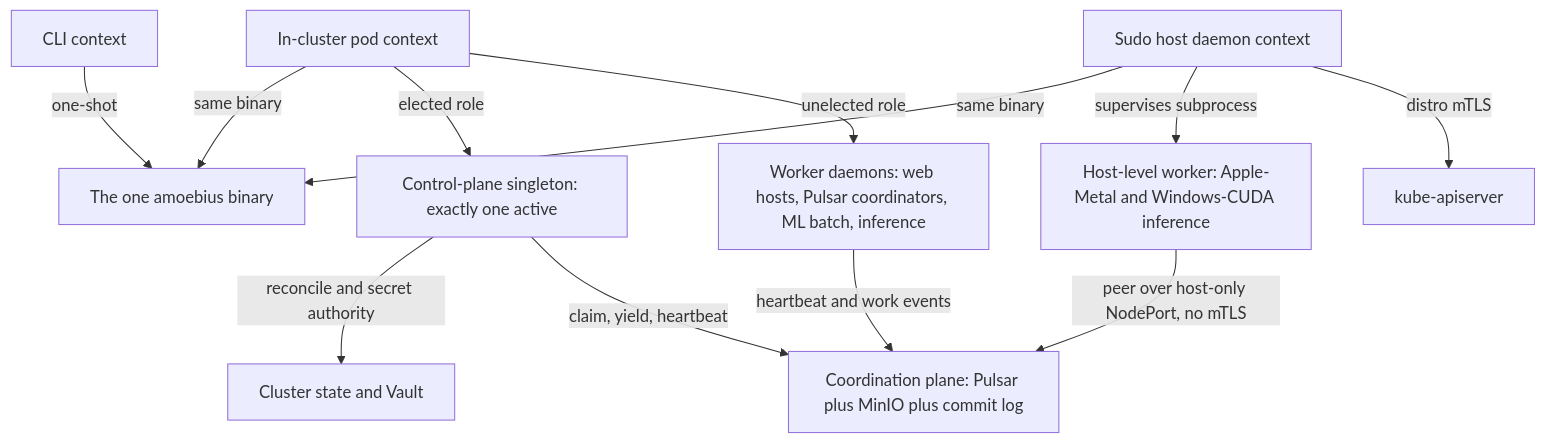
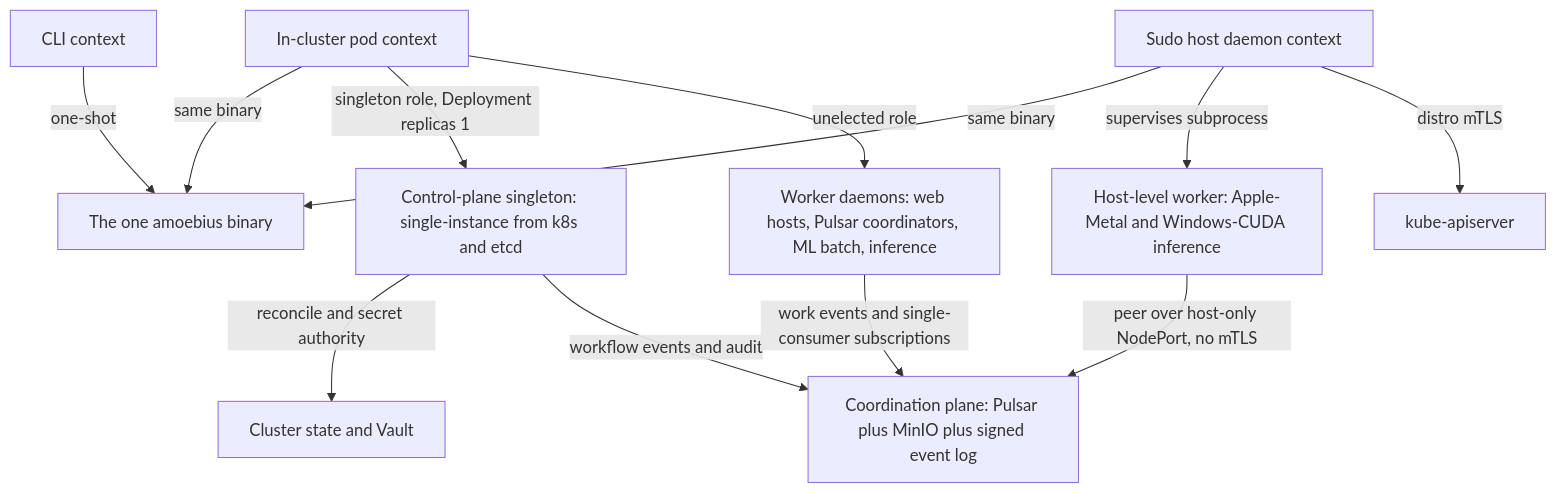
One commit to Tuee22/amoebius changed the diagram in documents/engineering/daemon_topology_doctrine.md. Above: the diagram before and after it, drawn with Mermaid. The commit also changed other lines of this file and 22 other files, not shown here.

````diff
--- a/documents/engineering/daemon_topology_doctrine.md
+++ b/documents/engineering/daemon_topology_doctrine.md
@@ -579,14 +421,14 @@
 ```mermaid
 flowchart TD
   cli[CLI context] -->|one-shot| binary[The one amoebius binary]
   hostd[Sudo host daemon context] -->|same binary| binary
   pod[In-cluster pod context] -->|same binary| binary
-  pod -->|elected role| cp[Control-plane singleton: exactly one active]
+  pod -->|singleton role, Deployment replicas 1| cp[Control-plane singleton: single-instance from k8s and etcd]
   pod -->|unelected role| workers[Worker daemons: web hosts, Pulsar coordinators, ML batch, inference]
   hostd -->|supervises subprocess| hostwork[Host-level worker: Apple-Metal and Windows-CUDA inference]
   hostd -->|distro mTLS| api[kube-apiserver]
   cp -->|reconcile and secret authority| world[Cluster state and Vault]
-  cp -->|claim, yield, heartbeat| plane[Coordination plane: Pulsar plus MinIO plus commit log]
-  workers -->|heartbeat and work events| plane
+  cp -->|workflow events and audit| plane[Coordination plane: Pulsar plus MinIO plus signed event log]
+  workers -->|work events and single-consumer subscriptions| plane
   hostwork -->|peer over host-only NodePort, no mTLS| plane
 ```
````
